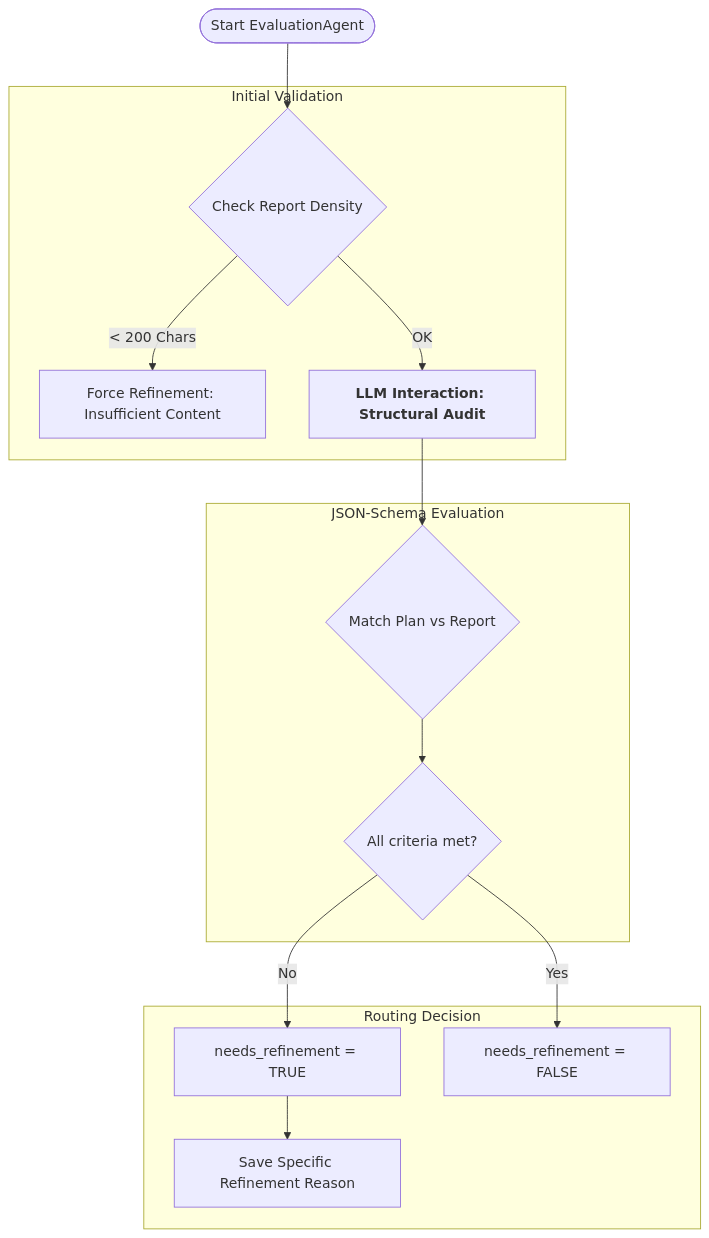
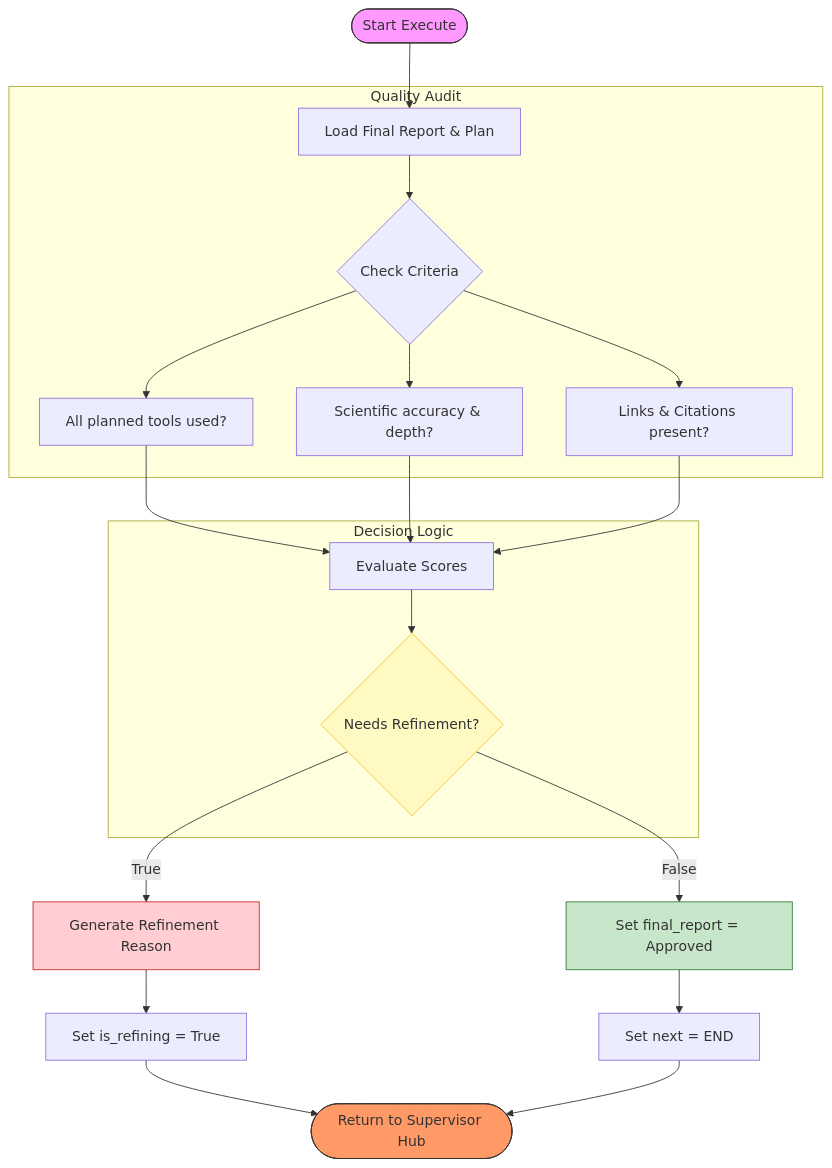
Diagram 18 of 19 in README.md (abhisakh/ResearchLLM_MultiAgent_LangGraph_RagGraph), drawn with Mermaid before and after one commit. The commit also changed other lines of this file, not shown here.

````diff
--- a/README.md
+++ b/README.md
@@ -2356,20 +2359,33 @@
 ```mermaid
 graph TD
-    Start([Start EvaluationAgent]) --> Density{Check Report Density}
-
-    subgraph G1_Validation [Initial Validation]
-    Density -- < 200 Chars --> ForceRefine[Force Refinement: Insufficient Content]
-    Density -- OK --> LLM_Audit[<b>LLM Interaction: Structural Audit</b>]
+    Start([Start Execute]) --> Load[Load Final Report & Plan]
+    
+    subgraph AuditPhase [Quality Audit]
+        Load --> Criteria{Check Criteria}
+        Criteria --> Q1[All planned tools used?]
+        Criteria --> Q2[Scientific accuracy & depth?]
+        Criteria --> Q3[Links & Citations present?]
     end
 
-    subgraph LLM_Analysis [JSON-Schema Evaluation]
-    LLM_Audit --> Parse{Match Plan vs Report}
-    Parse --> Success{All criteria met?}
+    subgraph DecisionEngine [Decision Logic]
+        Q1 & Q2 & Q3 --> Score[Evaluate Scores]
+        Score --> PassFail{Needs Refinement?}
     end
 
-    subgraph State_Update [Routing Decision]
-    Success -- No --> SetTrue[needs_refinement = TRUE]
-    SetTrue --> AddReason[Save Specific Refinement Reason]
-    Success -- Yes --> SetFalse[needs_refinement = FALSE]
-    end
+    %% Failure Path
+    PassFail -->|True| Refine[Generate Refinement Reason]
+    Refine --> SetRefine[Set is_refining = True]
+    SetRefine --> Hub([Return to Supervisor Hub])
+
+    %% Success Path
+    PassFail -->|False| Success[Set final_report = Approved]
+    Success --> SetEnd[Set next = END]
+    SetEnd --> Hub
+
+    %% Styling
+    style Start fill:#f9f,stroke:#333
+    style Hub fill:#f96,stroke:#333
+    style PassFail fill:#fff9c4,stroke:#fbc02d
+    style Success fill:#c8e6c9,stroke:#2e7d32
+    style Refine fill:#ffcdd2,stroke:#c62828
 ```
````
